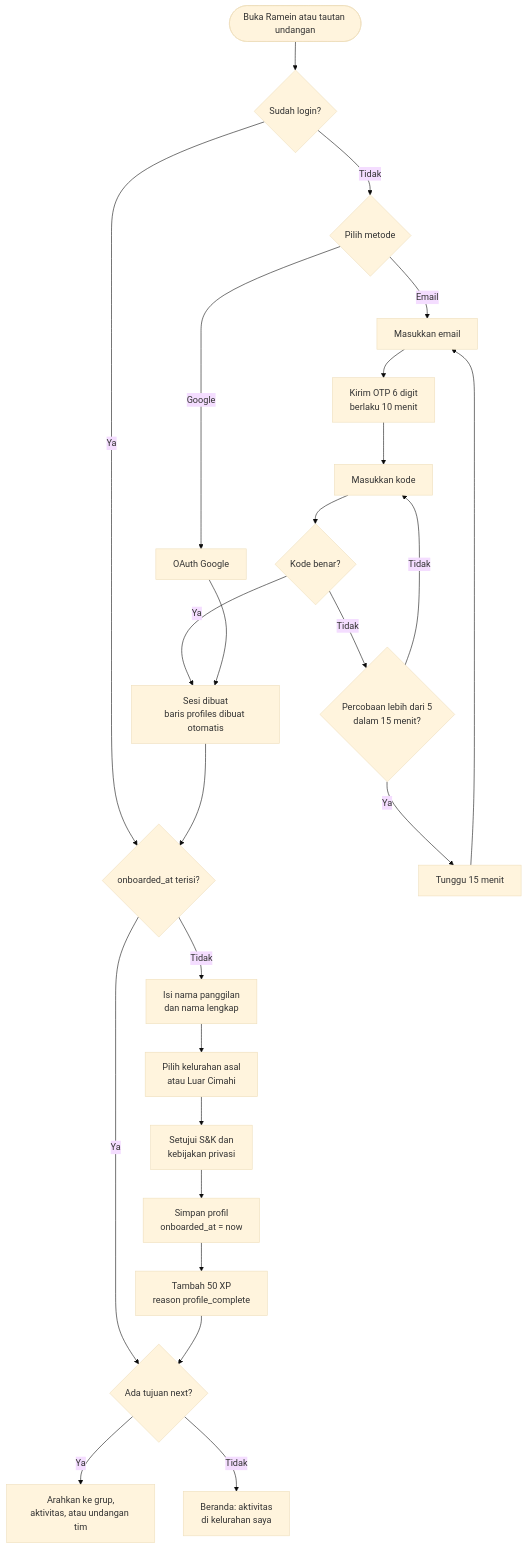
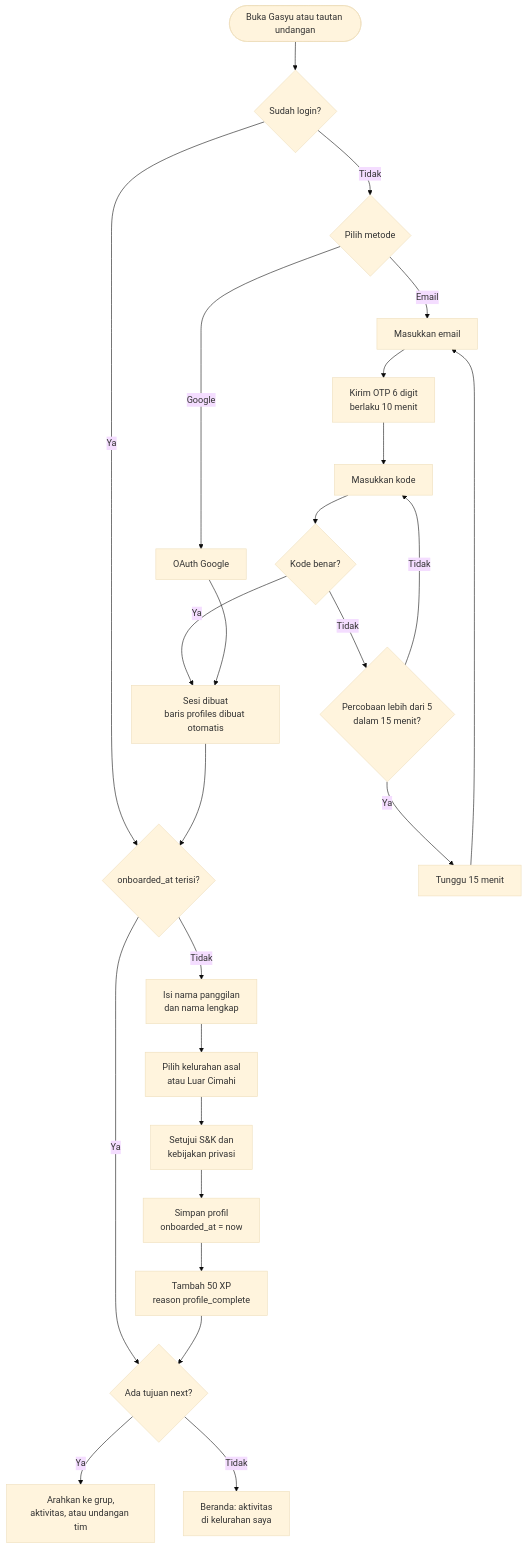
Before and after one commit to mirwanma/gasyu: the third of 26 diagrams in docs/ALUR-SISTEM.md, drawn with Mermaid (base theme). The commit also changed other lines of this file and 71 other files, not shown here.

First line of the commit message:
Ganti nama aplikasi dari Ramein menjadi Gasyu

````diff
--- a/docs/ALUR-SISTEM.md
+++ b/docs/ALUR-SISTEM.md
@@ -168,26 +168,26 @@
 ```mermaid
 flowchart TD
-    S([Buka Ramein atau tautan undangan]) --> L{Sudah login?}
+    S([Buka Gasyu atau tautan undangan]) --> L{Sudah login?}
     L -- Ya --> O
     L -- Tidak --> M{Pilih metode}
     M -->|Google| G[OAuth Google]
     M -->|Email| E[Masukkan email]
     E --> OT[Kirim OTP 6 digit<br/>berlaku 10 menit]
     OT --> IN[Masukkan kode]
     IN --> V{Kode benar?}
     V -- Tidak --> R{Percobaan lebih dari 5<br/>dalam 15 menit?}
     R -- Ya --> BL[Tunggu 15 menit] --> E
     R -- Tidak --> IN
     V -- Ya --> SES
     G --> SES[Sesi dibuat<br/>baris profiles dibuat otomatis]
     SES --> O{onboarded_at terisi?}
     O -- Ya --> NX
     O -- Tidak --> F1[Isi nama panggilan<br/>dan nama lengkap]
     F1 --> F2[Pilih kelurahan asal<br/>atau Luar Cimahi]
     F2 --> F3[Setujui S&K dan<br/>kebijakan privasi]
     F3 --> F4[Simpan profil<br/>onboarded_at = now]
     F4 --> XP[Tambah 50 XP<br/>reason profile_complete]
     XP --> NX{Ada tujuan next?}
     NX -- Ya --> T[Arahkan ke grup,<br/>aktivitas, atau undangan tim]
     NX -- Tidak --> H[Beranda: aktivitas<br/>di kelurahan saya]
 ```
````
